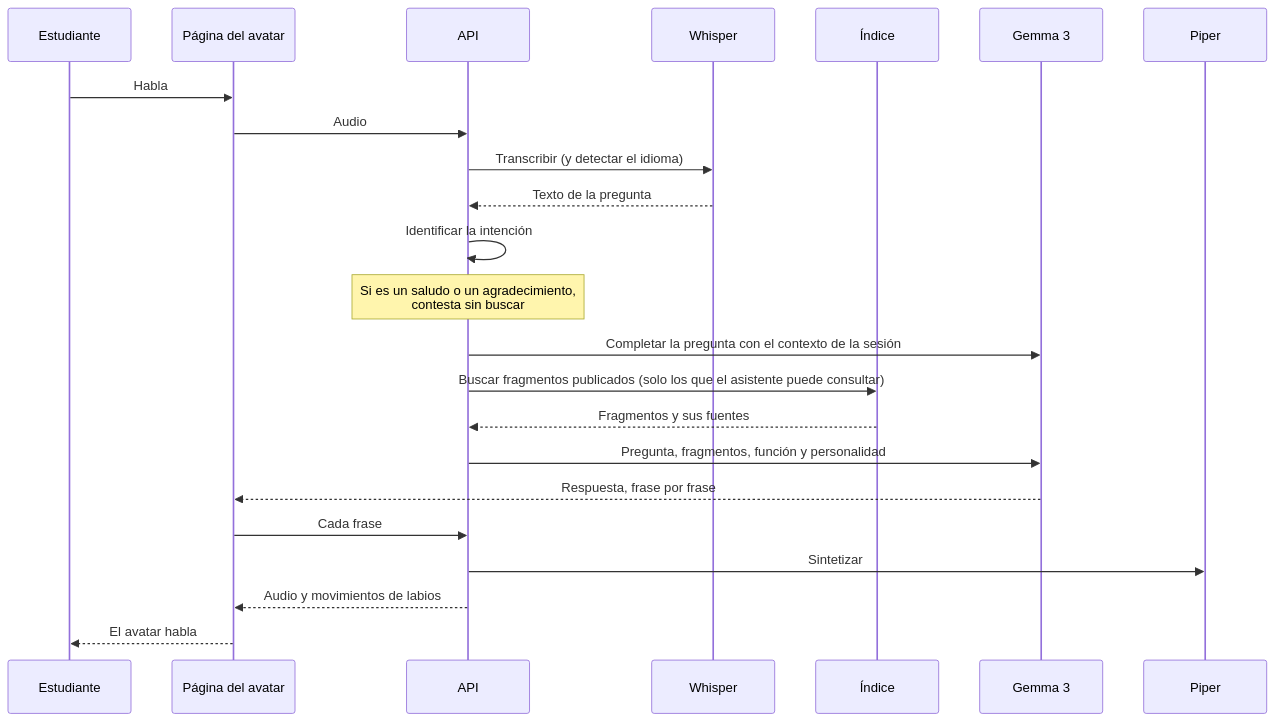
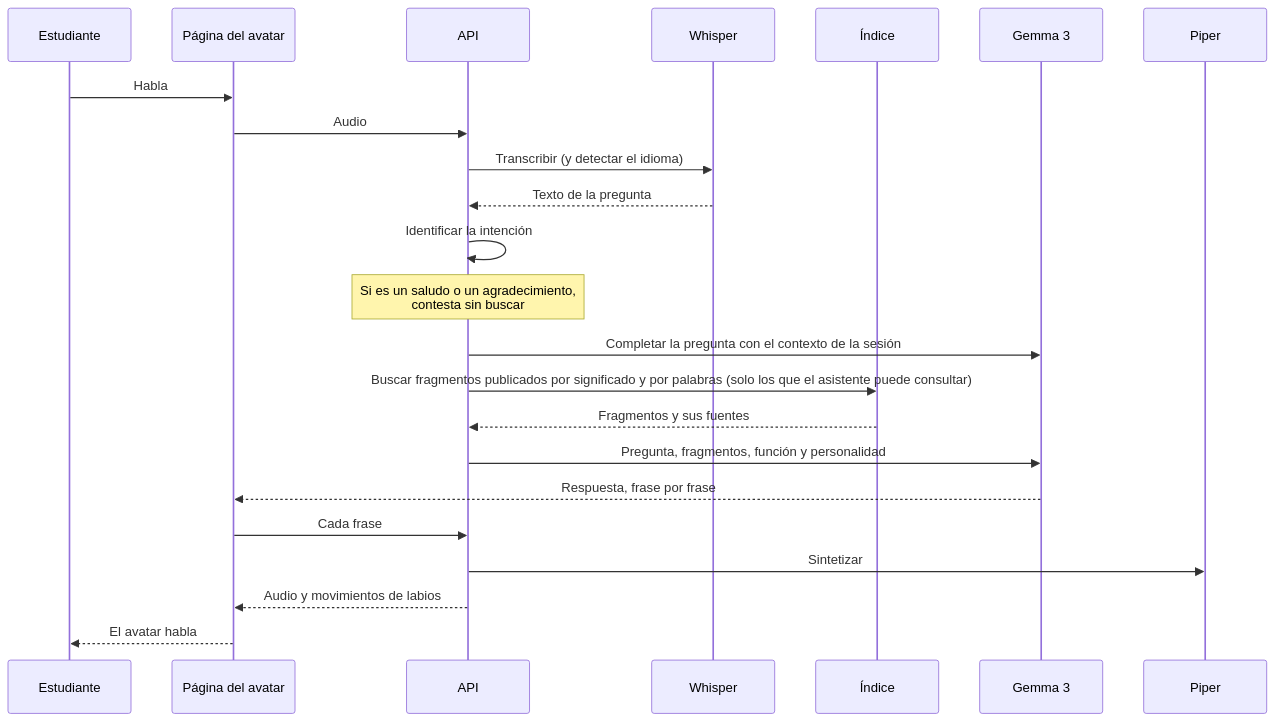
The second of 3 diagrams in docs/arquitectura.md (DIDDY616/Chatbot), drawn with Mermaid before and after one commit. The commit also changed other lines of this file and 21 other files, not shown here.

````diff
--- a/docs/arquitectura.md
+++ b/docs/arquitectura.md
@@ -73,26 +75,26 @@
 ```mermaid
 sequenceDiagram
     participant U as Estudiante
     participant W as Página del avatar
     participant API
     participant STT as Whisper
     participant V as Índice
     participant LLM as Gemma 3
     participant TTS as Piper
 
     U->>W: Habla
     W->>API: Audio
     API->>STT: Transcribir (y detectar el idioma)
     STT-->>API: Texto de la pregunta
     API->>API: Identificar la intención
     Note over API: Si es un saludo o un agradecimiento,<br>contesta sin buscar
     API->>LLM: Completar la pregunta con el contexto de la sesión
-    API->>V: Buscar fragmentos publicados (solo los que el asistente puede consultar)
+    API->>V: Buscar fragmentos publicados por significado y por palabras (solo los que el asistente puede consultar)
     V-->>API: Fragmentos y sus fuentes
     API->>LLM: Pregunta, fragmentos, función y personalidad
     LLM-->>W: Respuesta, frase por frase
     W->>API: Cada frase
     API->>TTS: Sintetizar
     API-->>W: Audio y movimientos de labios
     W-->>U: El avatar habla
 ```
````
